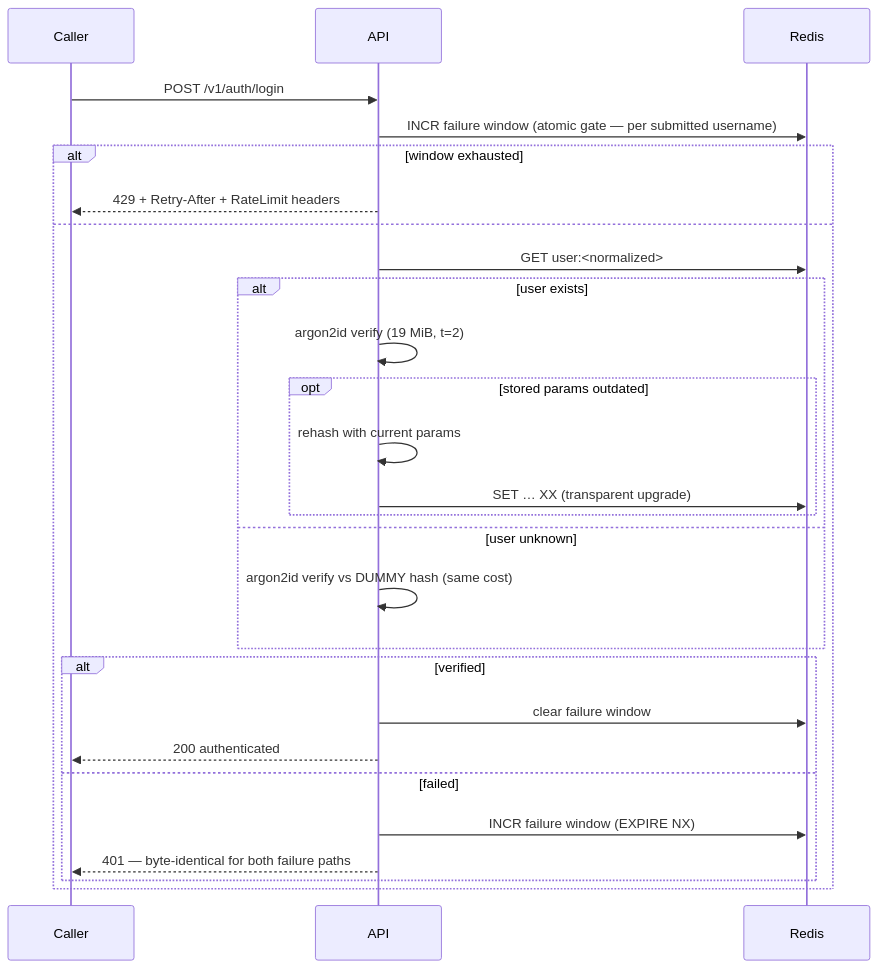
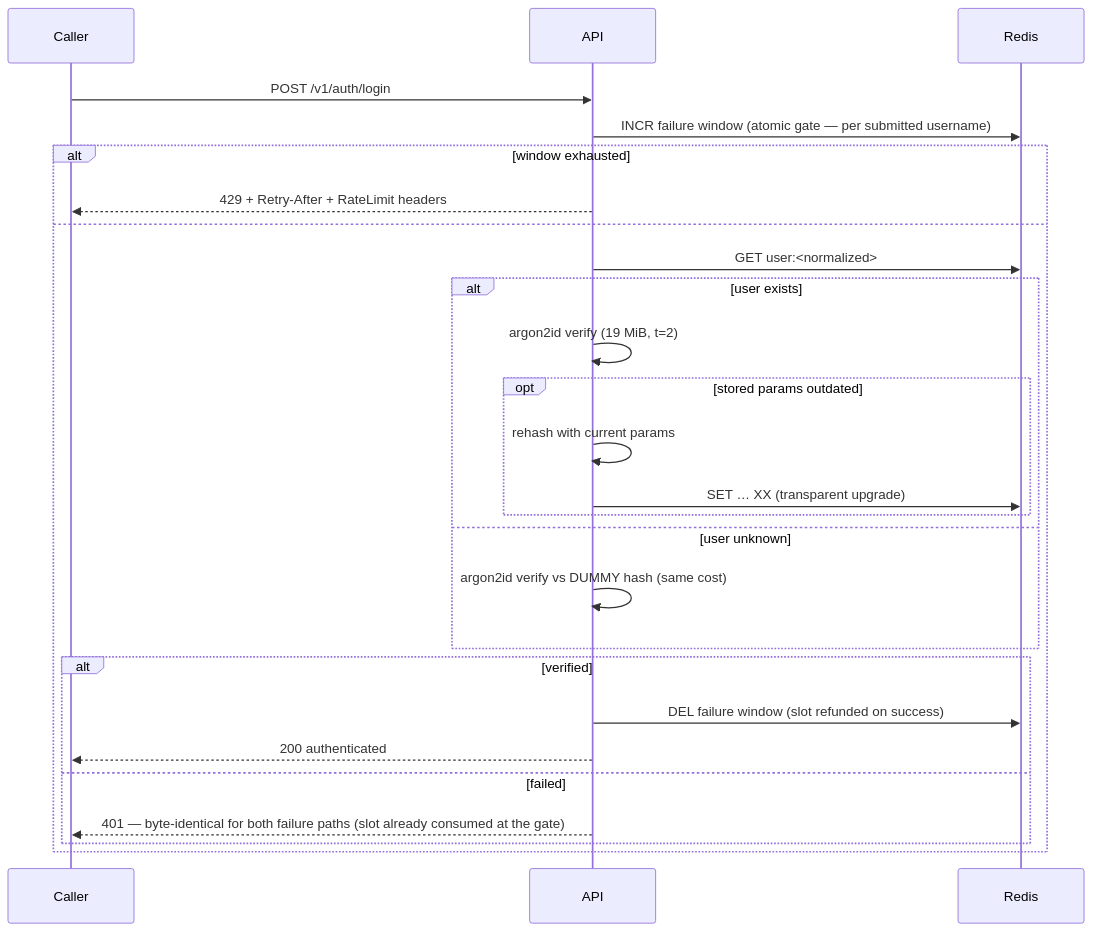
The diagram in README.md (ArashM0z/auth-api), drawn with Mermaid before and after one commit. The commit also changed other lines of this file and 11 other files, not shown here.

````diff
--- a/README.md
+++ b/README.md
@@ -126,29 +126,28 @@
 ```mermaid
 sequenceDiagram
     participant C as Caller
     participant A as API
     participant R as Redis
     C->>A: POST /v1/auth/login
     A->>R: INCR failure window (atomic gate — per submitted username)
     alt window exhausted
         A-->>C: 429 + Retry-After + RateLimit headers
     else
         A->>R: GET user:<normalized>
         alt user exists
             A->>A: argon2id verify (19 MiB, t=2)
             opt stored params outdated
                 A->>A: rehash with current params
                 A->>R: SET … XX (transparent upgrade)
             end
         else user unknown
             A->>A: argon2id verify vs DUMMY hash (same cost)
         end
         alt verified
-            A->>R: clear failure window
+            A->>R: DEL failure window (slot refunded on success)
             A-->>C: 200 authenticated
         else failed
-            A->>R: INCR failure window (EXPIRE NX)
-            A-->>C: 401 — byte-identical for both failure paths
+            A-->>C: 401 — byte-identical for both failure paths (slot already consumed at the gate)
         end
     end
 ```
````
